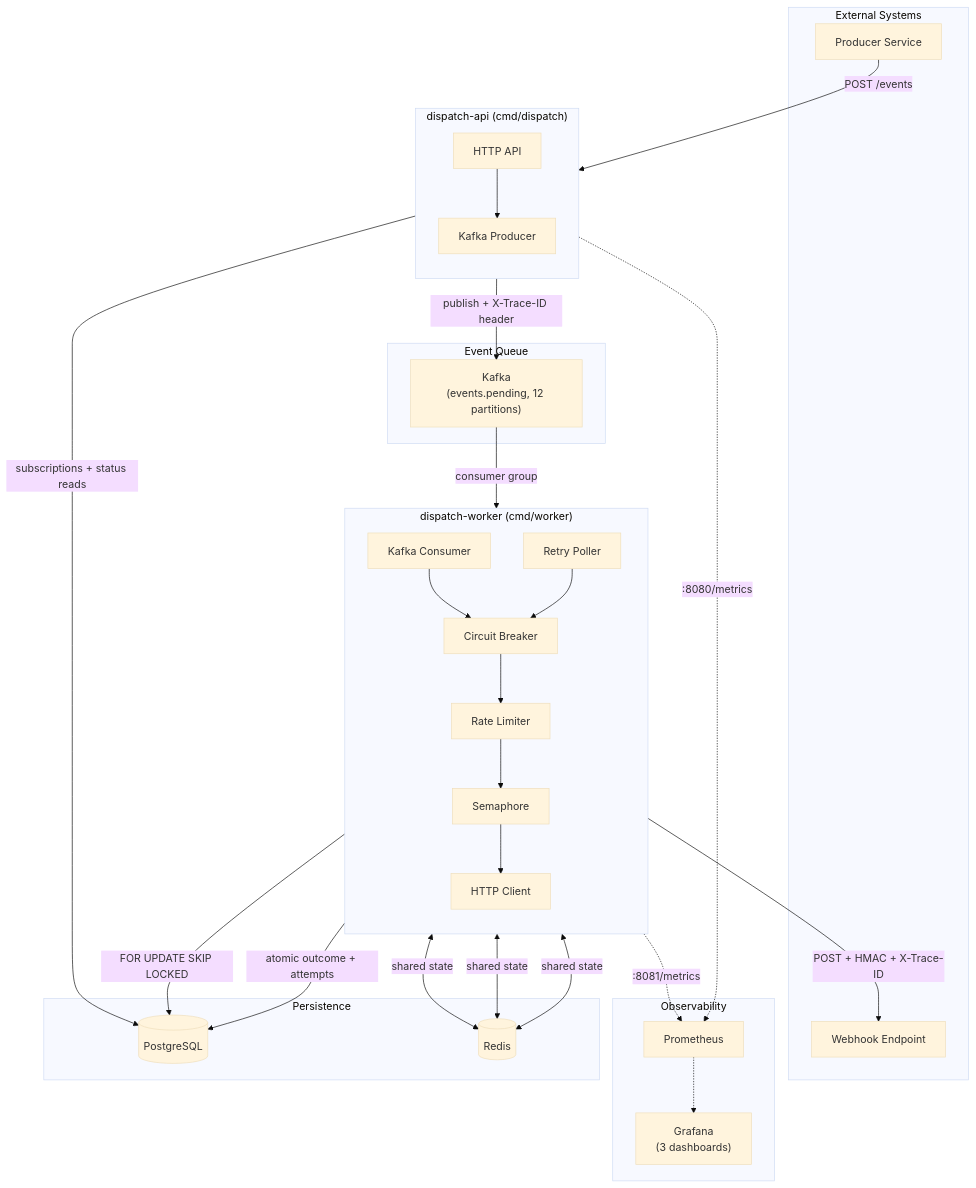
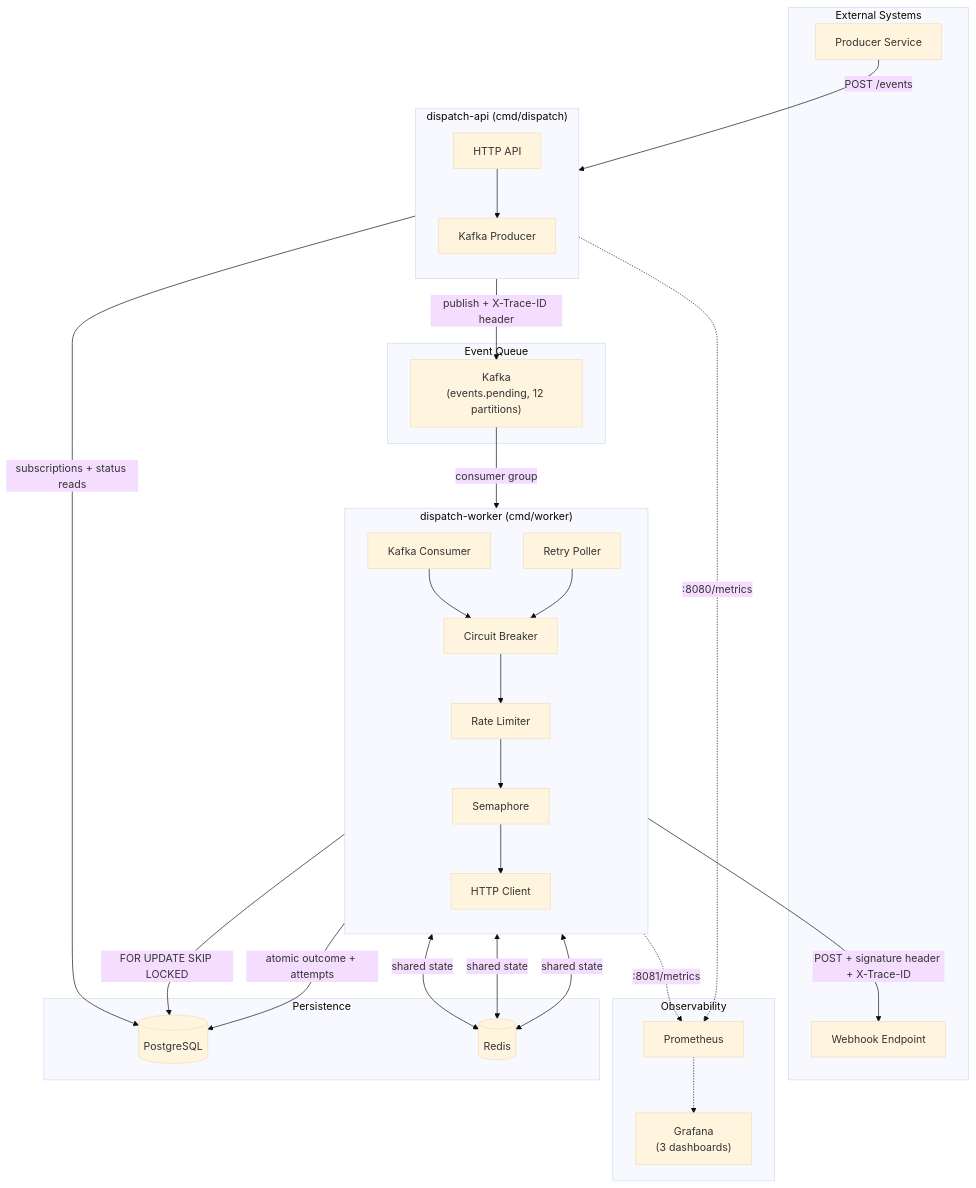
The first of 13 diagrams in docs/architecture.md (felipepmaragno/webhook-service), drawn with Mermaid (base theme) before and after one commit. The commit also changed other lines of this file and 9 other files, not shown here.

````diff
--- a/docs/architecture.md
+++ b/docs/architecture.md
@@ -7,58 +7,58 @@
 ```mermaid
 flowchart TB
     subgraph External["External Systems"]
         Producer["Producer Service"]
         Consumer["Webhook Endpoint"]
     end
 
     subgraph API["dispatch-api (cmd/dispatch)"]
         direction TB
         HTTPHandler["HTTP API"]
         KafkaProducer["Kafka Producer"]
     end
 
     subgraph Queue["Event Queue"]
         Kafka["Kafka<br/>(events.pending, 12 partitions)"]
     end
 
     subgraph Worker["dispatch-worker (cmd/worker)"]
         direction TB
         KafkaConsumer["Kafka Consumer"]
         RetryPoller["Retry Poller"]
         CB["Circuit Breaker"]
         RL["Rate Limiter"]
         Sem["Semaphore"]
         Delivery["HTTP Client"]
     end
 
     subgraph Storage["Persistence"]
         DB[(PostgreSQL)]
         Redis[(Redis)]
     end
 
     subgraph Observability["Observability"]
         Prom["Prometheus"]
         Grafana["Grafana<br/>(3 dashboards)"]
     end
 
     Producer -->|"POST /events"| HTTPHandler
     HTTPHandler -->|"subscriptions + status reads"| DB
     HTTPHandler --> KafkaProducer
     KafkaProducer -->|"publish + X-Trace-ID header"| Kafka
     Kafka -->|"consumer group"| KafkaConsumer
     RetryPoller -->|"FOR UPDATE SKIP LOCKED"| DB
     KafkaConsumer --> CB
     RetryPoller --> CB
     CB --> RL
     RL --> Sem
     Sem --> Delivery
-    Delivery -->|"POST + HMAC + X-Trace-ID"| Consumer
+    Delivery -->|"POST + signature header + X-Trace-ID"| Consumer
     Delivery -->|"atomic outcome + attempts"| DB
     CB <-->|"shared state"| Redis
     RL <-->|"shared state"| Redis
     Sem <-->|"shared state"| Redis
 
     API -.->|":8080/metrics"| Prom
     Worker -.->|":8081/metrics"| Prom
     Prom -.-> Grafana
 ```
````
